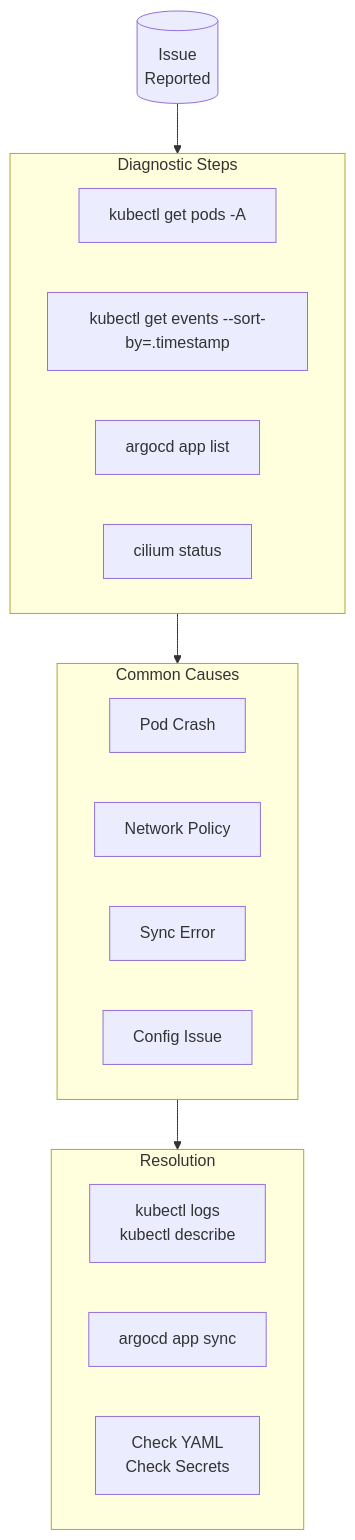
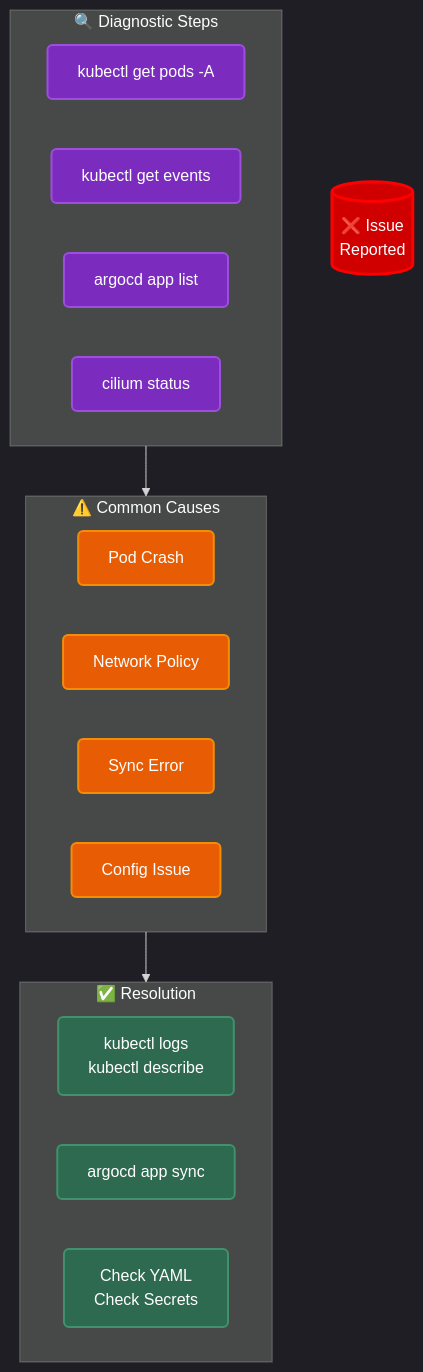
One commit to fabricesemti80/home-argo-cluster-2025 changed diagram 13 of 13 in docs/architecture.md. Above: the diagram before and after it, drawn with Mermaid. The commit also changed other lines of this file, not shown here.

First line of the commit message:
docs(architecture): add dark theme styling to Mermaid diagrams

````diff
--- a/docs/architecture.md
+++ b/docs/architecture.md
@@ -417,28 +514,35 @@
 ```mermaid
+%%{init: {'theme': 'dark'}}%%
 flowchart TB
-    Issue[("Issue<br/>Reported")] --> Check
+    %% Styles
+    classDef issue fill:#d00000,stroke:#ff0000,stroke-width:3px,color:#fff,rx:10
+    classDef check fill:#7b2cbf,stroke:#9d4edd,stroke-width:2px,color:#fff,rx:5
+    classDef analyze fill:#e85d04,stroke:#f48c06,stroke-width:2px,color:#fff,rx:5
+    classDef fix fill:#2d6a4f,stroke:#40916c,stroke-width:2px,color:#fff,rx:5
     
-    subgraph Check["Diagnostic Steps"]
-        C1["kubectl get pods -A"]
-        C2["kubectl get events --sort-by=.timestamp"]
-        C3["argocd app list"]
-        C4["cilium status"]
+    Issue[("❌ Issue<br/>Reported")]:::issue
+    
+    subgraph Check["🔍 Diagnostic Steps"]
+        C1["kubectl get pods -A"]:::check
+        C2["kubectl get events"]:::check
+        C3["argocd app list"]:::check
+        C4["cilium status"]:::check
     end
     
     Check --> Analyze
     
-    subgraph Analyze["Common Causes"]
-        A1[Pod Crash]
-        A2[Network Policy]
-        A3[Sync Error]
-        A4[Config Issue]
+    subgraph Analyze["⚠️ Common Causes"]
+        A1["Pod Crash"]:::analyze
+        A2["Network Policy"]:::analyze
+        A3["Sync Error"]:::analyze
+        A4["Config Issue"]:::analyze
     end
     
     Analyze --> Fix
     
-    subgraph Fix["Resolution"]
-        F1["kubectl logs<br/>kubectl describe"]
-        F2["argocd app sync"]
-        F3["Check YAML<br/>Check Secrets"]
+    subgraph Fix["✅ Resolution"]
+        F1["kubectl logs<br/>kubectl describe"]:::fix
+        F2["argocd app sync"]:::fix
+        F3["Check YAML<br/>Check Secrets"]:::fix
     end
 ```
````
